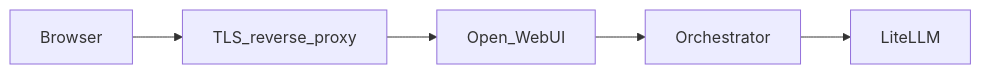
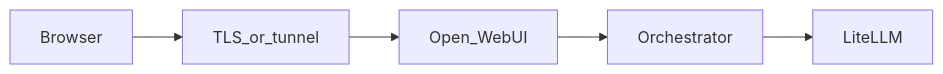
Before and after one commit to FUYOH666/GPT-hub: the diagram in docs/TEAM_PUBLIC_ACCESS.md, drawn with Mermaid. The commit also changed other lines of this file and 7 other files, not shown here.

````diff
--- a/docs/TEAM_PUBLIC_ACCESS.md
+++ b/docs/TEAM_PUBLIC_ACCESS.md
@@ -11,9 +9,9 @@
 ```mermaid
 flowchart LR
   browser[Browser]
-  edge[TLS_reverse_proxy]
+  edge[TLS_or_tunnel]
   webui[Open_WebUI]
   orch[Orchestrator]
   llm[LiteLLM]
   browser --> edge --> webui --> orch --> llm
 ```
````
